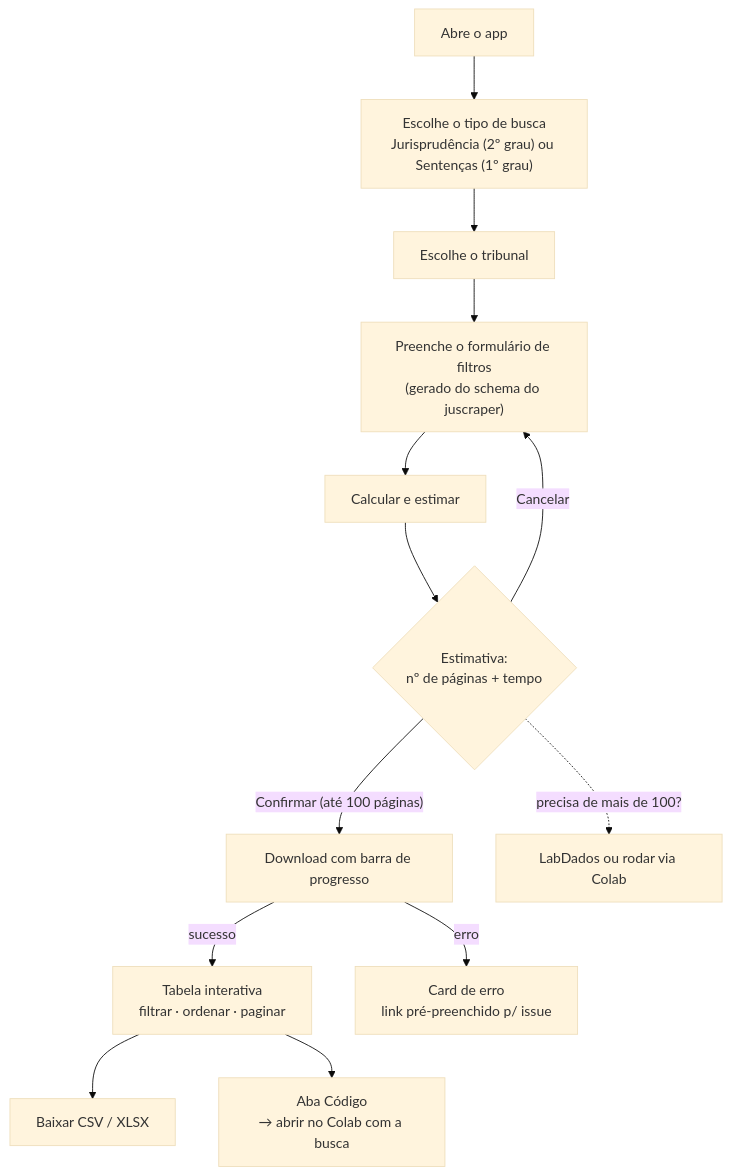
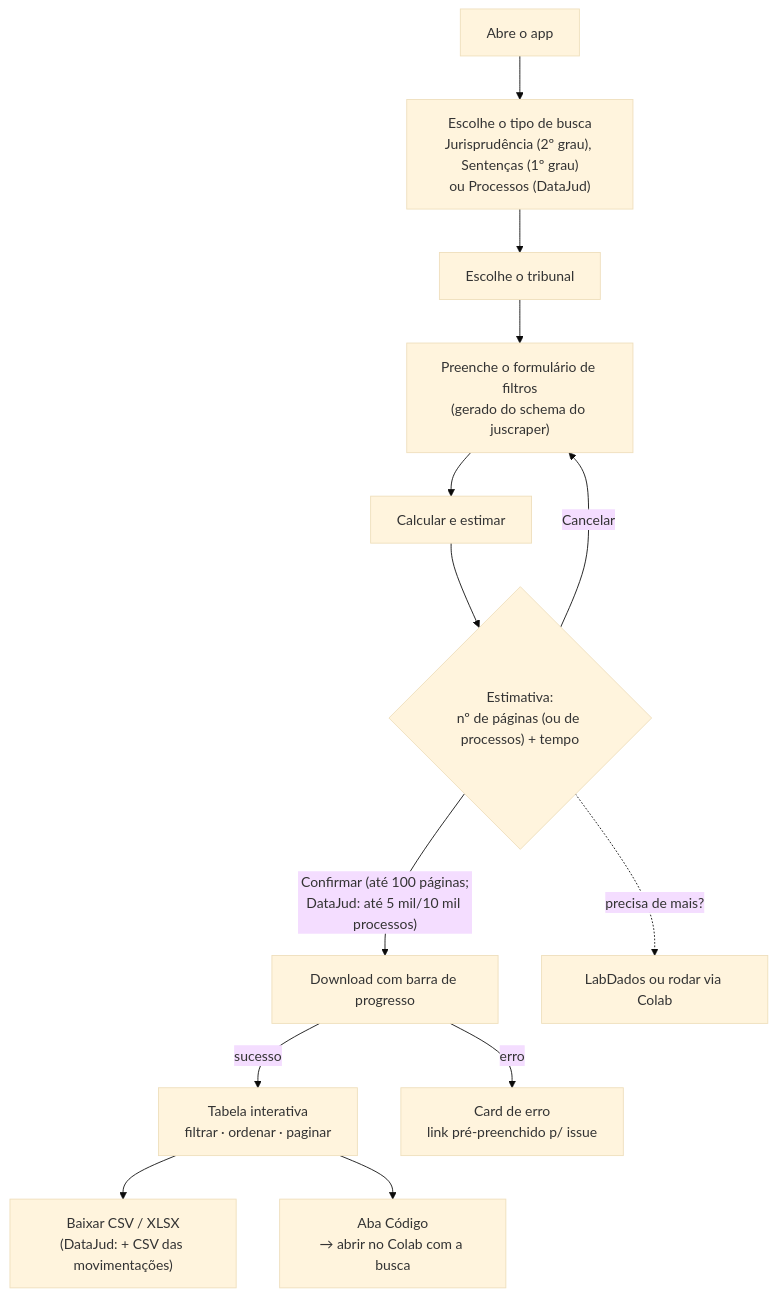
Before and after one commit to lab-dados/juscraper-app: the second of 3 diagrams in README.md, drawn with Mermaid (base theme). The commit also changed other lines of this file and 17 other files, not shown here.

````diff
--- a/README.md
+++ b/README.md
@@ -52,15 +64,15 @@
 ```mermaid
 flowchart TD
-  A["Abre o app"] --> B["Escolhe o tipo de busca<br/>Jurisprudência (2º grau) ou Sentenças (1º grau)"]
+  A["Abre o app"] --> B["Escolhe o tipo de busca<br/>Jurisprudência (2º grau), Sentenças (1º grau)<br/>ou Processos (DataJud)"]
   B --> C["Escolhe o tribunal"]
   C --> D["Preenche o formulário de filtros<br/>(gerado do schema do juscraper)"]
   D --> E["Calcular e estimar"]
-  E --> F{"Estimativa:<br/>nº de páginas + tempo"}
+  E --> F{"Estimativa:<br/>nº de páginas (ou de processos) + tempo"}
   F -- "Cancelar" --> D
-  F -- "Confirmar (até 100 páginas)" --> G["Download com barra de progresso"]
-  F -. "precisa de mais de 100?" .-> L["LabDados ou rodar via Colab"]
+  F -- "Confirmar (até 100 páginas;<br/>DataJud: até 5 mil/10 mil processos)" --> G["Download com barra de progresso"]
+  F -. "precisa de mais?" .-> L["LabDados ou rodar via Colab"]
   G -- "sucesso" --> H["Tabela interativa<br/>filtrar · ordenar · paginar"]
   G -- "erro" --> I["Card de erro<br/>link pré-preenchido p/ issue"]
-  H --> J["Baixar CSV / XLSX"]
+  H --> J["Baixar CSV / XLSX<br/>(DataJud: + CSV das movimentações)"]
   H --> K["Aba Código<br/>→ abrir no Colab com a busca"]
 ```
````
